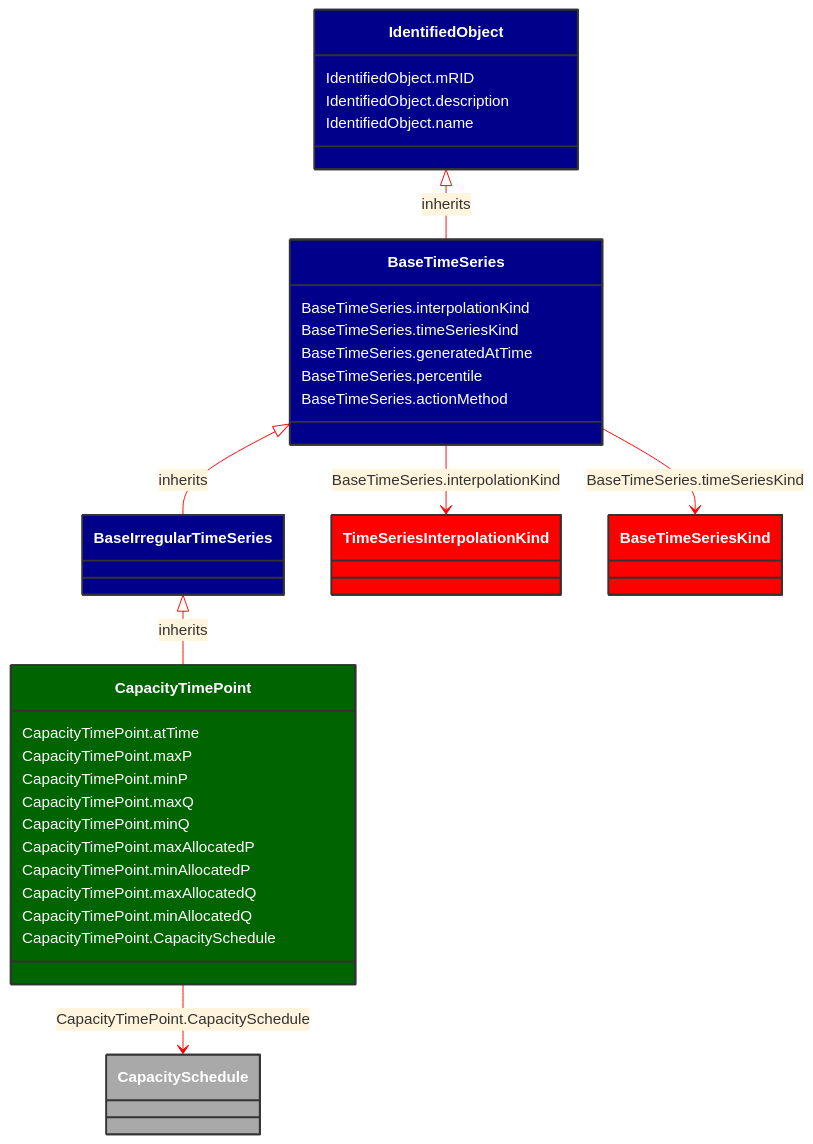
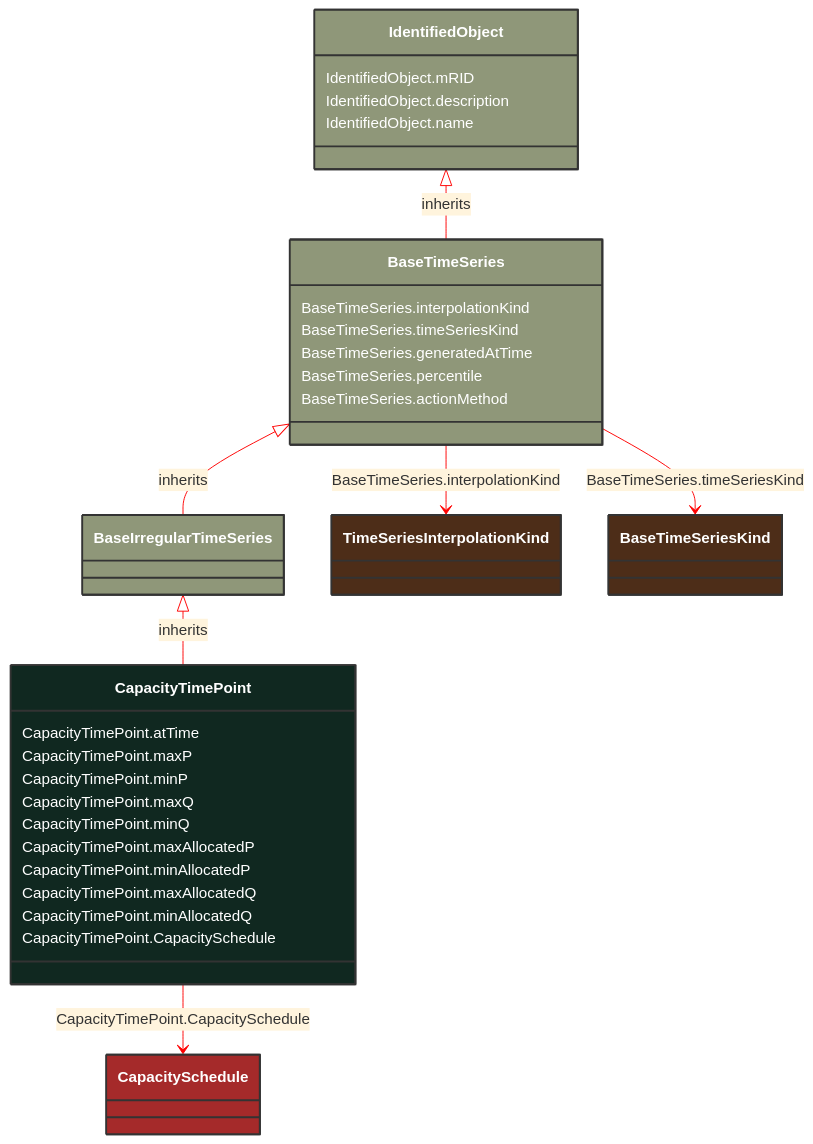
The diagram in docs/Models/Profiles/WattApp/ConcreteClasses/CapacityTimePoint.md (3lbits/NoCIMExtensions), drawn with Mermaid before and after one commit. The commit also changed 190 other files, not shown here.

````diff
--- a/docs/Models/Profiles/WattApp/ConcreteClasses/CapacityTimePoint.md
+++ b/docs/Models/Profiles/WattApp/ConcreteClasses/CapacityTimePoint.md
@@ -8,59 +8,55 @@
 ```mermaid
 %%{init: {'theme':'base','themeVariables': {'lineColor': '#FF0000'}}}%%
 classDiagram
     class CapacityTimePoint
     click CapacityTimePoint href "/Models/Profiles/WattApp/ConcreteClasses/CapacityTimePoint/"
-    style CapacityTimePoint fill:#006400,stroke:#333,stroke-width:2px,rx:10,ry:10,color:white
-
+    style CapacityTimePoint fill:#102820,stroke:#333,stroke-width:2px,rx:10,ry:10,color:white
+     
         BaseIrregularTimeSeries <|-- CapacityTimePoint : inherits
             click BaseIrregularTimeSeries href "/Models/Profiles/WattApp/AbstractClasses/BaseIrregularTimeSeries/"
-            style BaseIrregularTimeSeries fill:#00008B,stroke:#333,stroke-width:2px,rx:10,ry:10,color:white
-
-        CapacityTimePoint
-            click CapacityTimePoint href "/Models/Profiles/WattApp/ConcreteClasses/CapacityTimePoint/"
-            style BaseIrregularTimeSeries fill:#00008B,stroke:#333,stroke-width:2px,rx:10,ry:10,color:white
-
+            style BaseIrregularTimeSeries fill:#8F9779,stroke:#333,stroke-width:2px,rx:10,ry:10,color:white
+     
         BaseTimeSeries <|-- BaseIrregularTimeSeries : inherits
             click BaseTimeSeries href "/Models/Profiles/WattApp/AbstractClasses/BaseTimeSeries/"
-            style BaseTimeSeries fill:#00008B,stroke:#333,stroke-width:2px,rx:10,ry:10,color:white
-
+            style BaseTimeSeries fill:#8F9779,stroke:#333,stroke-width:2px,rx:10,ry:10,color:white
+     
         IdentifiedObject <|-- BaseTimeSeries : inherits
             click IdentifiedObject href "/Models/Profiles/WattApp/AbstractClasses/IdentifiedObject/"
-            style IdentifiedObject fill:#00008B,stroke:#333,stroke-width:2px,rx:10,ry:10,color:white
+            style IdentifiedObject fill:#8F9779,stroke:#333,stroke-width:2px,rx:10,ry:10,color:white
 
         CapacityTimePoint --> CapacitySchedule : CapacityTimePoint.CapacitySchedule
 
         CapacitySchedule
             click CapacitySchedule href "/Models/Profiles/WattApp/ConcreteClasses/CapacitySchedule/"
-            style CapacitySchedule fill:#A9A9A9,stroke:#333,stroke-width:2px,rx:10,ry:10,color:white
+            style CapacitySchedule fill:#A52A2A,stroke:#333,stroke-width:2px,rx:10,ry:10,color:white
 
         BaseTimeSeries --> TimeSeriesInterpolationKind : BaseTimeSeries.interpolationKind
 
         TimeSeriesInterpolationKind
             click TimeSeriesInterpolationKind href "/Models/Profiles/WattApp/Enumerations/TimeSeriesInterpolationKind/"
-            style TimeSeriesInterpolationKind fill:#FF0000,stroke:#333,stroke-width:2px,rx:10,ry:10,color:white
+            style TimeSeriesInterpolationKind fill:#4D2D18,stroke:#333,stroke-width:2px,rx:10,ry:10,color:white
         BaseTimeSeries --> BaseTimeSeriesKind : BaseTimeSeries.timeSeriesKind
 
         BaseTimeSeriesKind
             click BaseTimeSeriesKind href "/Models/Profiles/WattApp/Enumerations/BaseTimeSeriesKind/"
-            style BaseTimeSeriesKind fill:#FF0000,stroke:#333,stroke-width:2px,rx:10,ry:10,color:white
+            style BaseTimeSeriesKind fill:#4D2D18,stroke:#333,stroke-width:2px,rx:10,ry:10,color:white
 
         CapacityTimePoint : CapacityTimePoint.atTime
         CapacityTimePoint : CapacityTimePoint.maxP
         CapacityTimePoint : CapacityTimePoint.minP
         CapacityTimePoint : CapacityTimePoint.maxQ
         CapacityTimePoint : CapacityTimePoint.minQ
         CapacityTimePoint : CapacityTimePoint.maxAllocatedP
         CapacityTimePoint : CapacityTimePoint.minAllocatedP
         CapacityTimePoint : CapacityTimePoint.maxAllocatedQ
         CapacityTimePoint : CapacityTimePoint.minAllocatedQ
         CapacityTimePoint : CapacityTimePoint.CapacitySchedule
         BaseTimeSeries : BaseTimeSeries.interpolationKind
         BaseTimeSeries : BaseTimeSeries.timeSeriesKind
         BaseTimeSeries : BaseTimeSeries.generatedAtTime
         BaseTimeSeries : BaseTimeSeries.percentile
         BaseTimeSeries : BaseTimeSeries.actionMethod
         IdentifiedObject : IdentifiedObject.mRID
         IdentifiedObject : IdentifiedObject.description
         IdentifiedObject : IdentifiedObject.name
 ```
````
